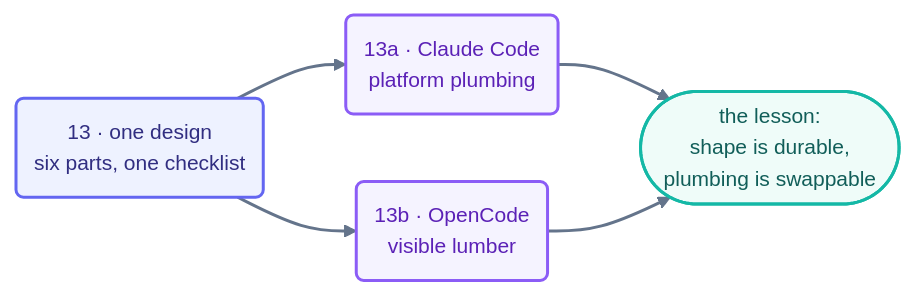
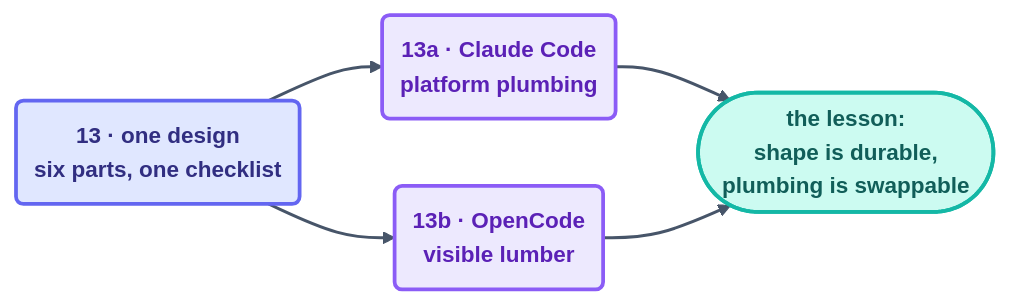
One commit to ayeshakhalid192007-dev/LoopEngineering-CrashCourse changed the diagram in docs/07-part-5-complete-loop/README.md. Above: the diagram before and after it, drawn with Mermaid. The commit also changed 66 other files, not shown here.

First line of the commit message:
docs(diagrams): visibly bolder pass — deeper fills, heavier strokes, semibold labels

````diff
--- a/docs/07-part-5-complete-loop/README.md
+++ b/docs/07-part-5-complete-loop/README.md
@@ -17,11 +17,11 @@
 ```mermaid
-%%{init: {'theme':'base','themeVariables':{'fontFamily':'ui-sans-serif, system-ui, sans-serif','fontSize':'14px','lineColor':'#64748b','edgeLabelBackground':'#f8fafc'},'flowchart':{'curve':'basis','nodeSpacing':45,'rankSpacing':55,'padding':12}}}%%
+%%{init: {'theme':'base','themeVariables':{'fontFamily':'ui-sans-serif, system-ui, sans-serif','fontSize':'15px','lineColor':'#475569','edgeLabelBackground':'#f8fafc'},'flowchart':{'curve':'basis','nodeSpacing':45,'rankSpacing':55,'padding':12}}}%%
 flowchart LR
     D("13 · one design<br/>six parts, one checklist"):::step --> A("13a · Claude Code<br/>platform plumbing"):::tool
     D --> B("13b · OpenCode<br/>visible lumber"):::tool
     A & B --> L(["the lesson:<br/>shape is durable,<br/>plumbing is swappable"]):::win
-    linkStyle default stroke:#64748b,stroke-width:2px;
-    classDef step fill:#eef2ff,stroke:#6366f1,stroke-width:2px,color:#312e81;
-    classDef tool fill:#f5f3ff,stroke:#8b5cf6,stroke-width:2px,color:#5b21b6;
-    classDef win fill:#effcf9,stroke:#14b8a6,stroke-width:2px,color:#115e59;
+    linkStyle default stroke:#475569,stroke-width:2px;
+    classDef step fill:#e0e7ff,stroke:#6366f1,stroke-width:2.5px,color:#312e81,font-weight:600;
+    classDef tool fill:#ede9fe,stroke:#8b5cf6,stroke-width:2.5px,color:#5b21b6,font-weight:600;
+    classDef win fill:#ccfbf1,stroke:#14b8a6,stroke-width:2.5px,color:#115e59,font-weight:600;
 ```
````
